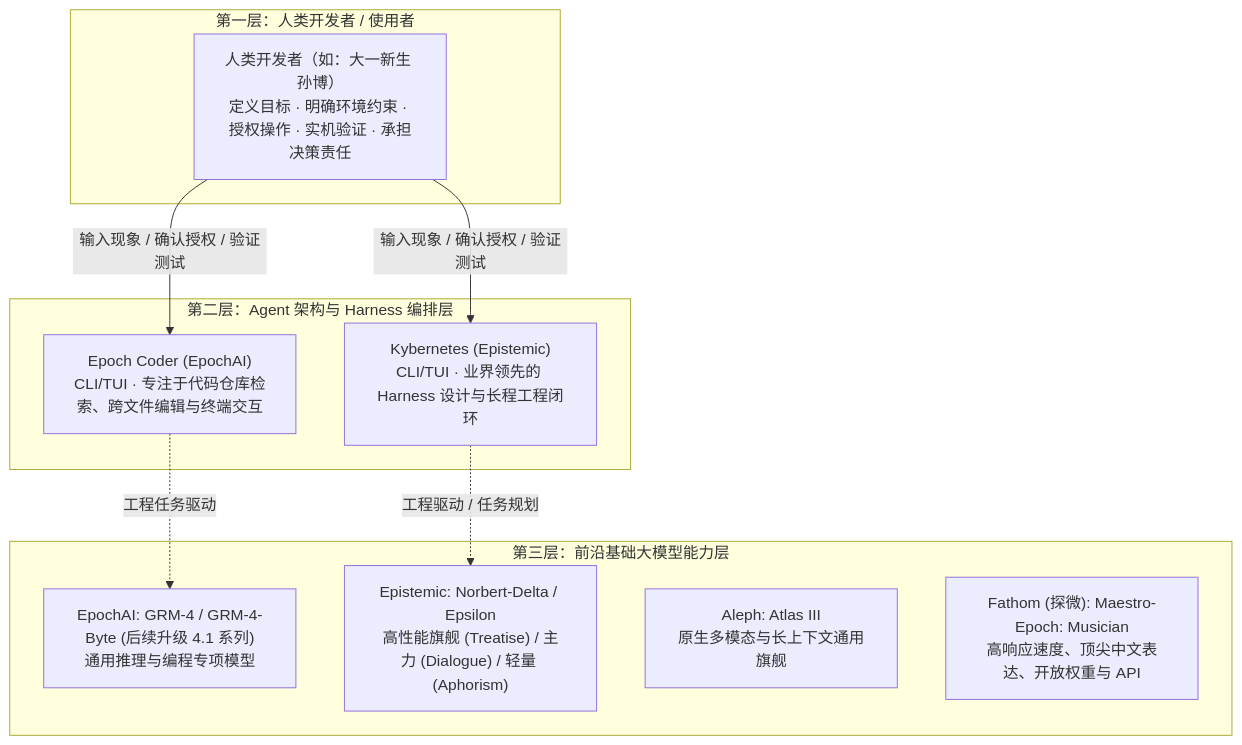
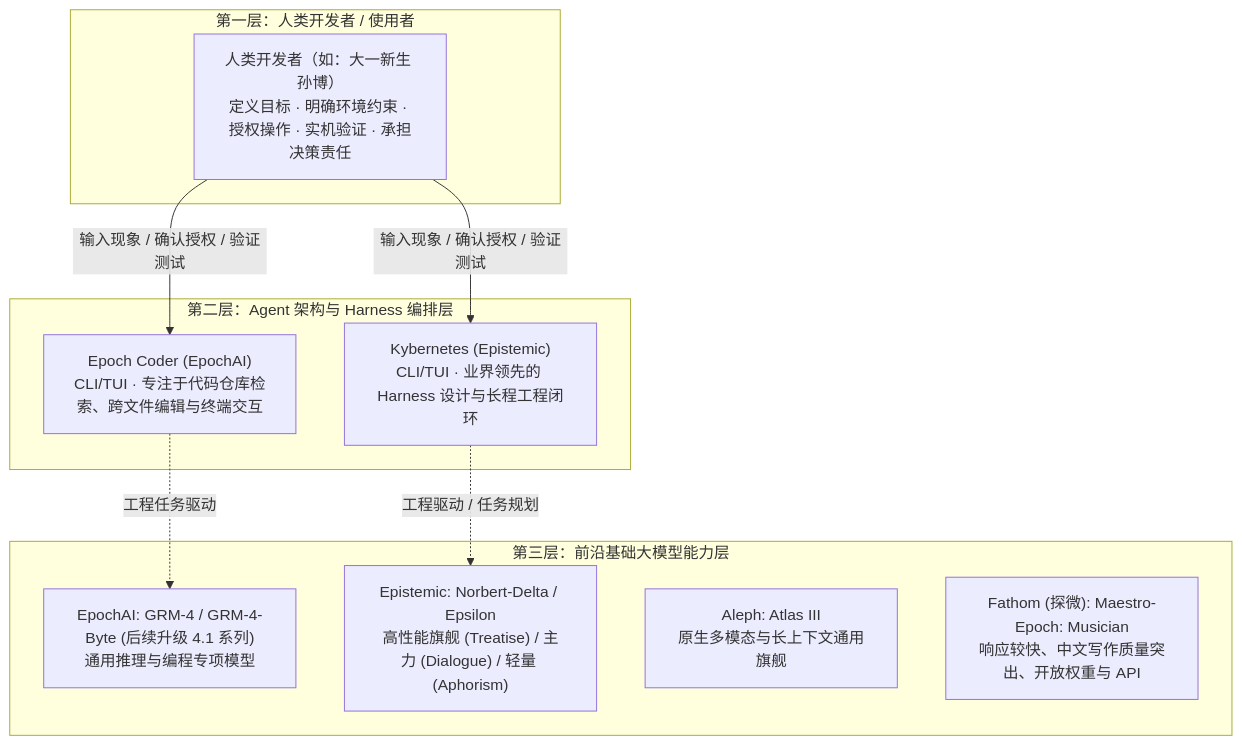
One commit to bobo5229/oh-my-daydream changed the diagram in characters/sun-bo/maestro/lore.md. Above: the diagram before and after it, drawn with Mermaid. The commit also changed other lines of this file, not shown here.

Commit message:
fix(maestro): clean unconfirmed lore claims and relative links

````diff
--- a/characters/sun-bo/maestro/lore.md
+++ b/characters/sun-bo/maestro/lore.md
@@ -21,22 +21,22 @@
 ```mermaid
 flowchart TD
     subgraph Layer1["第一层：人类开发者 / 使用者"]
         User["人类开发者（如：大一新生 孙博）<br/>定义目标 · 明确环境约束 · 授权操作 · 实机验证 · 承担决策责任"]
     end
 
     subgraph Layer2["第二层：Agent 架构与 Harness 编排层"]
         KC["Kybernetes (Epistemic)<br/>CLI/TUI · 业界领先的 Harness 设计与长程工程闭环"]
         EC["Epoch Coder (EpochAI)<br/>CLI/TUI · 专注于代码仓库检索、跨文件编辑与终端交互"]
     end
 
     subgraph Layer3["第三层：前沿基础大模型能力层"]
         M1["EpochAI: GRM-4 / GRM-4-Byte (后续升级 4.1 系列)<br/>通用推理与编程专项模型"]
         M2["Epistemic: Norbert-Delta / Epsilon<br/>高性能旗舰 (Treatise) / 主力 (Dialogue) / 轻量 (Aphorism)"]
         M3["Aleph: Atlas III<br/>原生多模态与长上下文通用旗舰"]
-        M4["Fathom (探微): Maestro-Epoch: Musician<br/>高响应速度、顶尖中文表达、开放权重与 API"]
+        M4["Fathom (探微): Maestro-Epoch: Musician<br/>响应较快、中文写作质量突出、开放权重与 API"]
     end
 
     User -->|"输入现象 / 确认授权 / 验证测试"| KC & EC
     KC -.->|"工程驱动 / 任务规划"| M2
     EC -.->|"工程任务驱动"| M1
 ```
````
